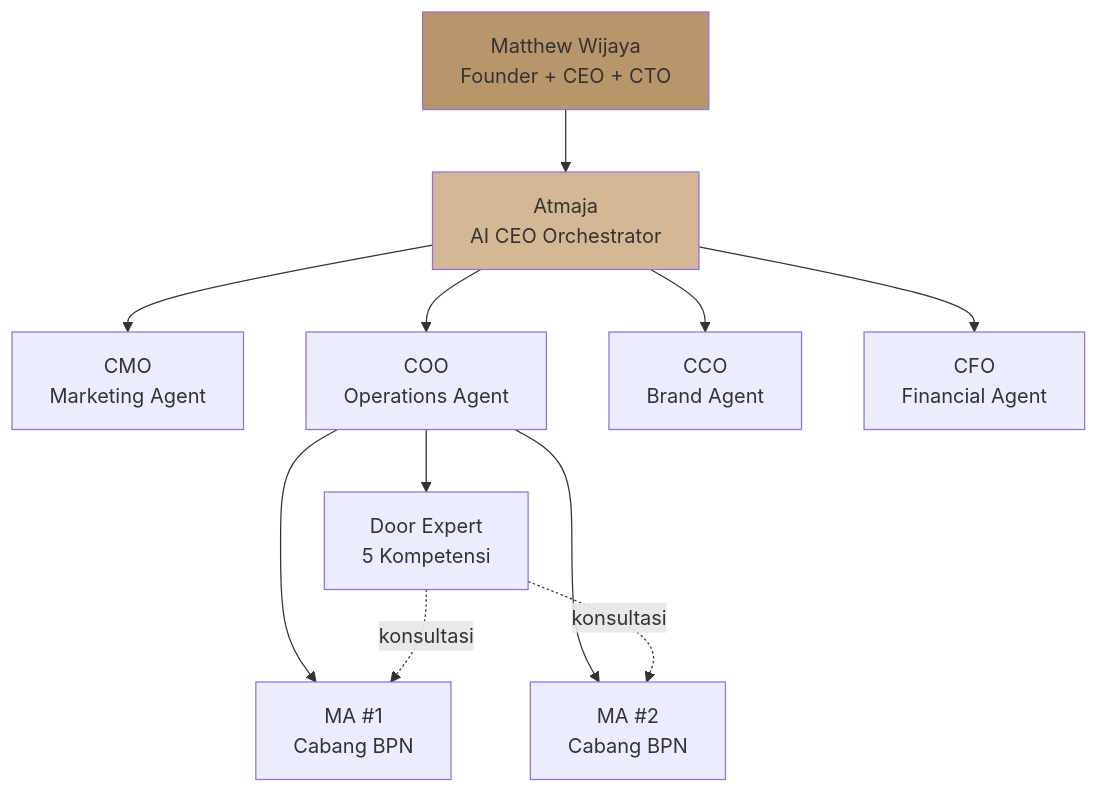
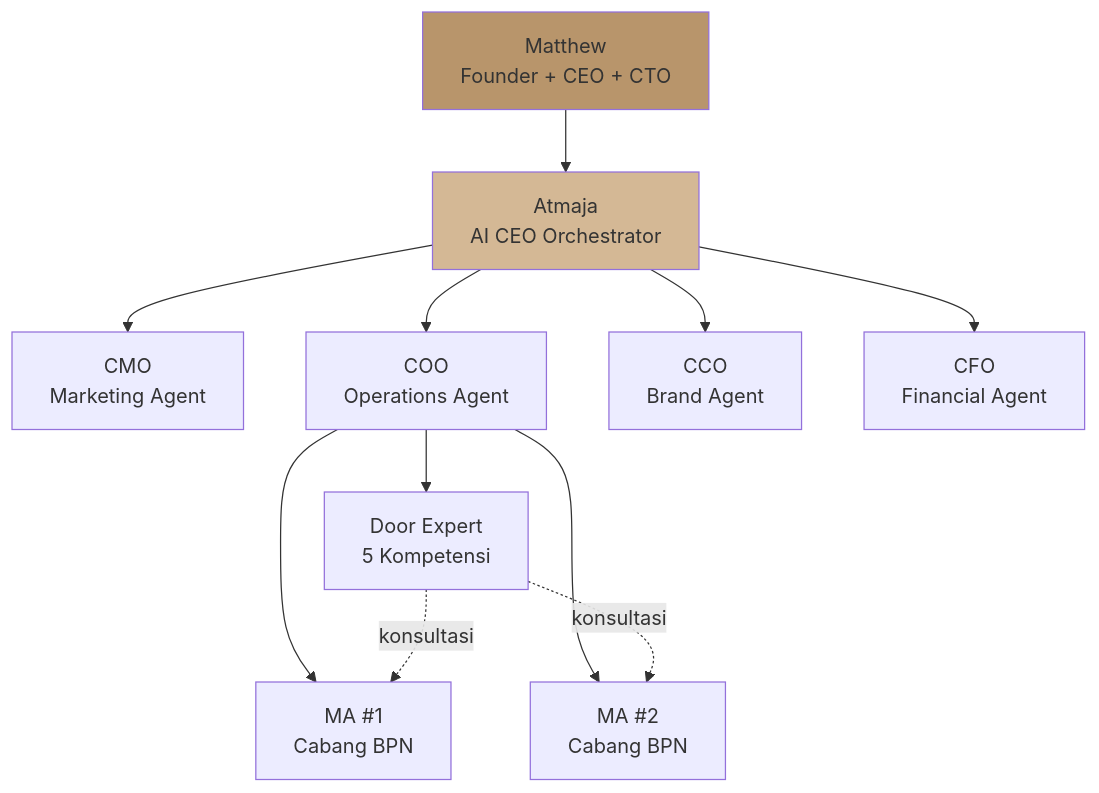
Before and after one commit to MahewAi/Mahew: the seventh of 15 diagrams in librechat-deploy/skills/atmaja/architectural-model.md, drawn with Mermaid. The commit also changed other lines of this file and 80 other files, not shown here.

````diff
--- a/librechat-deploy/skills/atmaja/architectural-model.md
+++ b/librechat-deploy/skills/atmaja/architectural-model.md
@@ -228,22 +228,22 @@
 ```mermaid
 flowchart TD
-    Matthew[Matthew Wijaya<br/>Founder + CEO + CTO]
+    Matthew[Matthew<br/>Founder + CEO + CTO]
     Atmaja[Atmaja<br/>AI CEO Orchestrator]
     
     Matthew --> Atmaja
     
     Atmaja --> CMO[CMO<br/>Marketing Agent]
     Atmaja --> COO[COO<br/>Operations Agent]
     Atmaja --> CCO[CCO<br/>Brand Agent]
     Atmaja --> CFO[CFO<br/>Financial Agent]
     
     COO --> DE[Door Expert<br/>5 Kompetensi]
     COO --> MA1[MA #1<br/>Cabang BPN]
     COO --> MA2[MA #2<br/>Cabang BPN]
     
     DE -.konsultasi.-> MA1
     DE -.konsultasi.-> MA2
     
     style Matthew fill:#B8956B
     style Atmaja fill:#D4B895
 ```
````
